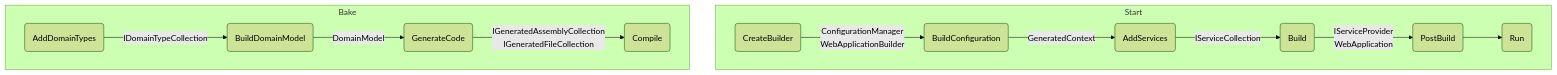
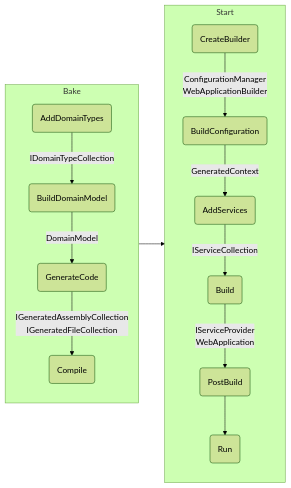
Before and after one commit to mouseless/baked: the diagram in docs/recipes/data-source.md, drawn with Mermaid (forest theme). The commit also changed 1 other file, not shown here.

Commit message:
minor edits to recipe phase diagrams

````diff
--- a/docs/recipes/data-source.md
+++ b/docs/recipes/data-source.md
@@ -66,40 +66,31 @@
 ```mermaid
-flowchart TD;
-    AD(AddDomainTypes)
-    BD(BuildDomainModel)
-    GC(GenerateCode)
-    C(Compile)
+flowchart LR;
+    
+    subgraph Bake
+      AD(AddDomainTypes)
+      BD(BuildDomainModel)
+      GC(GenerateCode)
+      C(Compile)
 
-    AD -->|IDomainTypeCollection| BD
-    BD -->|DomainModel| GC
-    GC -->|IGeneratedAssemblyCollection\nIGeneratedFileCollection| C
-
-    CB(CreateBuilder)
-    BC(BuildConfiguration)
-    AS(AddServices)
-    B(Build)
-    PB(PostBuild)
-    R(Run)
-
-    CB -->|ConfigurationManager\nWebApplicationBuilder| BC
-    BC -->|GeneratedContext| AS
-    AS -->|IServiceCollection| B
-    B -->|IServiceProvider\nWebApplication|PB
-    PB --> R
+      AD -->|IDomainTypeCollection| BD
+      BD -->|DomainModel| GC
+      GC -->|IGeneratedAssemblyCollection<br/>IGeneratedFileCollection| C
+    end
 
     subgraph Start
-        CB
-        BC
-        AS
-        B
-        PB
-        R
+      CB(CreateBuilder)
+      BC(BuildConfiguration)
+      AS(AddServices)
+      B(Build)
+      PB(PostBuild)
+      R(Run)
+
+      CB -->|ConfigurationManager<br/>WebApplicationBuilder| BC
+      BC -->|GeneratedContext| AS
+      AS -->|IServiceCollection| B
+      B -->|IServiceProvider<br/>WebApplication|PB
+      PB --> R
     end
 
-    subgraph Bake
-        AD
-        BD
-        GC
-        C
-    end
+    Bake --> Start
 ```
````
